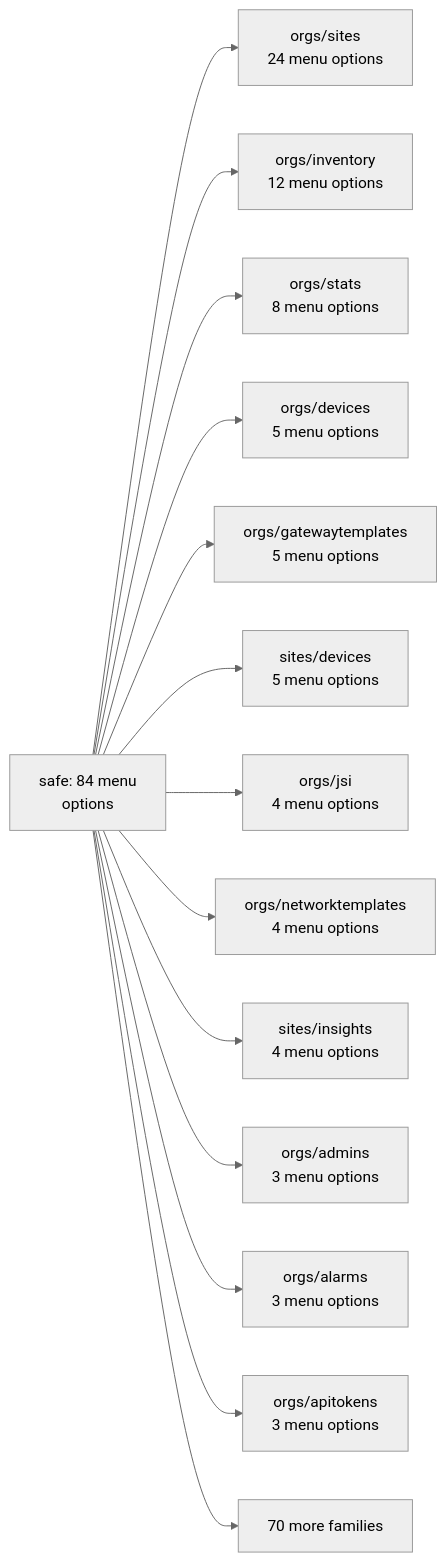
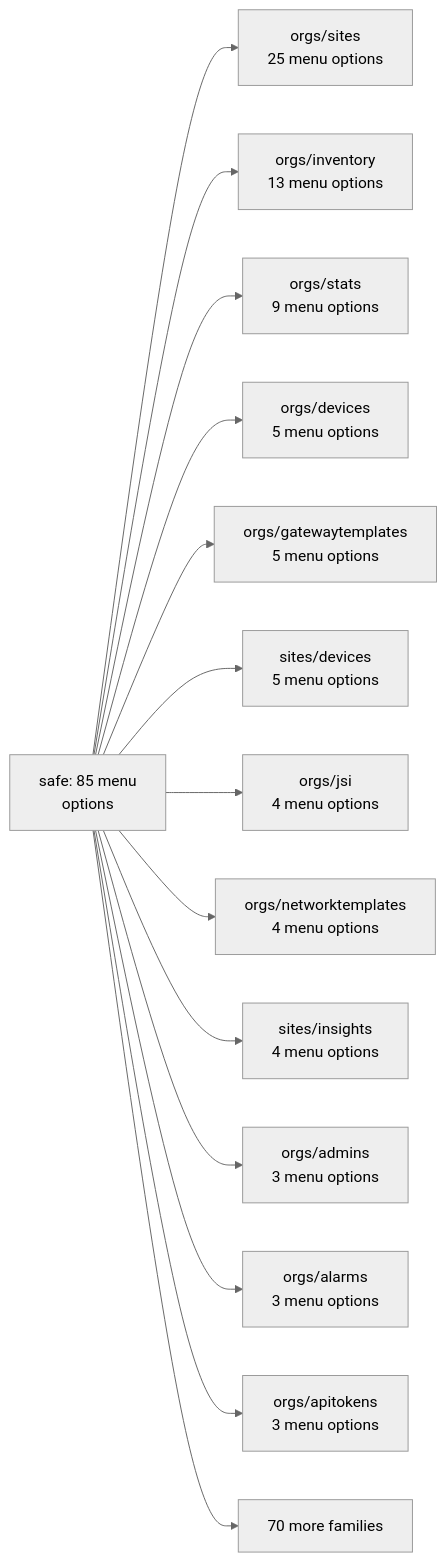
One commit to jmorrison-juniper/MistHelper changed the first of 23 diagrams in documentation/menu-api/safe.md. Above: the diagram before and after it, drawn with Mermaid (neutral theme). The commit also changed other lines of this file and 40 other files, not shown here.

````diff
--- a/documentation/menu-api/safe.md
+++ b/documentation/menu-api/safe.md
@@ -17,17 +17,17 @@
 ```mermaid
 flowchart LR
-    root["safe: 84 menu<br/>options"]
-    root --> f_orgs_sites["orgs/sites<br/>24 menu options"]
-    root --> f_orgs_inventory["orgs/inventory<br/>12 menu options"]
-    root --> f_orgs_stats["orgs/stats<br/>8 menu options"]
+    root["safe: 85 menu<br/>options"]
+    root --> f_orgs_sites["orgs/sites<br/>25 menu options"]
+    root --> f_orgs_inventory["orgs/inventory<br/>13 menu options"]
+    root --> f_orgs_stats["orgs/stats<br/>9 menu options"]
     root --> f_orgs_devices["orgs/devices<br/>5 menu options"]
     root --> f_orgs_gatewaytemplates["orgs/gatewaytemplates<br/>5 menu options"]
     root --> f_sites_devices["sites/devices<br/>5 menu options"]
     root --> f_orgs_jsi["orgs/jsi<br/>4 menu options"]
     root --> f_orgs_networktemplates["orgs/networktemplates<br/>4 menu options"]
     root --> f_sites_insights["sites/insights<br/>4 menu options"]
     root --> f_orgs_admins["orgs/admins<br/>3 menu options"]
     root --> f_orgs_alarms["orgs/alarms<br/>3 menu options"]
     root --> f_orgs_apitokens["orgs/apitokens<br/>3 menu options"]
     root --> more["70 more families"]
 ```
````
